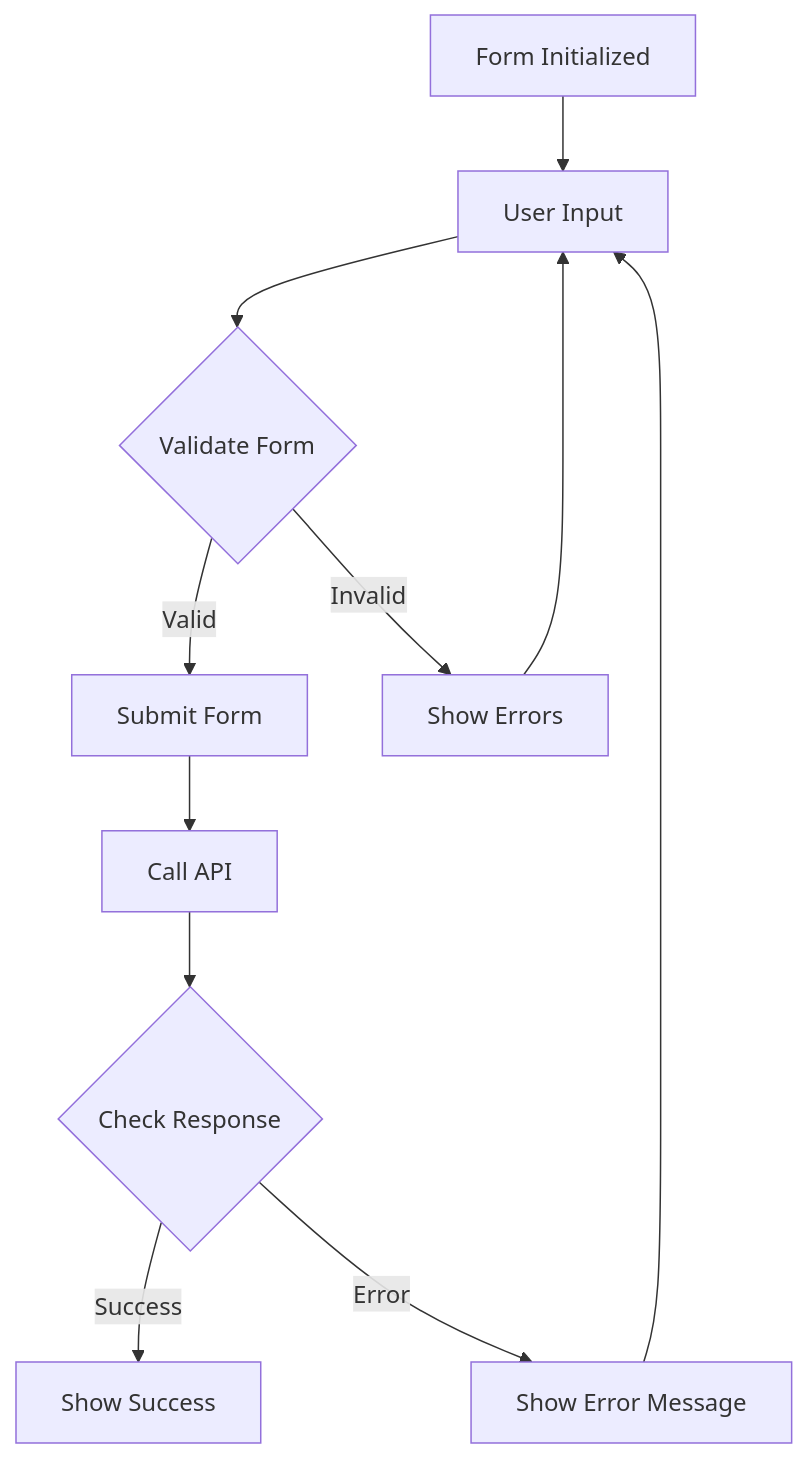
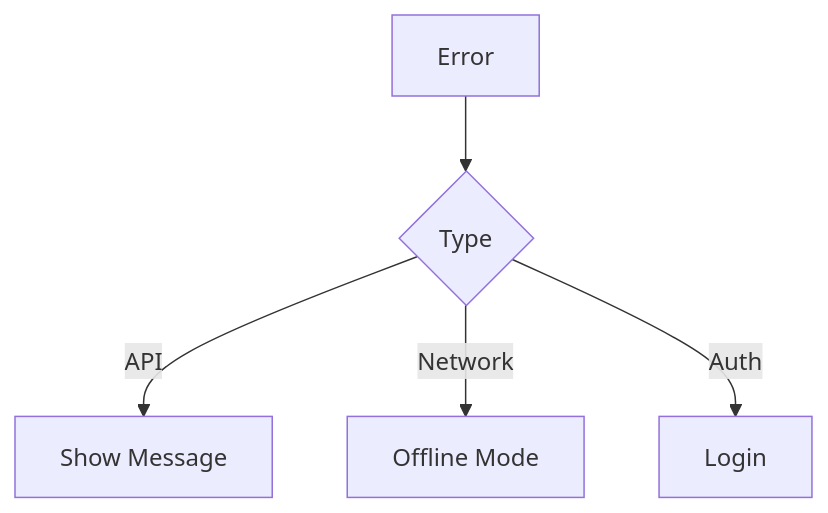
Before and after one commit to cmdav/salesbook-frontend: the sixth of 9 diagrams in docs/FLOW_DIAGRAMS.md, drawn with Mermaid. The commit also changed other lines of this file, not shown here.

Commit message:
updated flow

````diff
--- a/docs/FLOW_DIAGRAMS.md
+++ b/docs/FLOW_DIAGRAMS.md
@@ -114,13 +49,7 @@
 ```mermaid
 graph TD
-    Start[Form Initialized] --> Input[User Input]
-    Input --> Validate{Validate Form}
-    Validate -->|Valid| Submit[Submit Form]
-    Validate -->|Invalid| ShowErrors[Show Errors]
-    Submit --> ApiCall[Call API]
-    ApiCall --> CheckResponse{Check Response}
-    CheckResponse -->|Success| Success[Show Success]
-    CheckResponse -->|Error| HandleError[Show Error Message]
-    HandleError --> Input
-    ShowErrors --> Input
+    A[Error] --> B{Type}
+    B -->|API| C[Show Message]
+    B -->|Network| D[Offline Mode]
+    B -->|Auth| E[Login]
 ```
````
